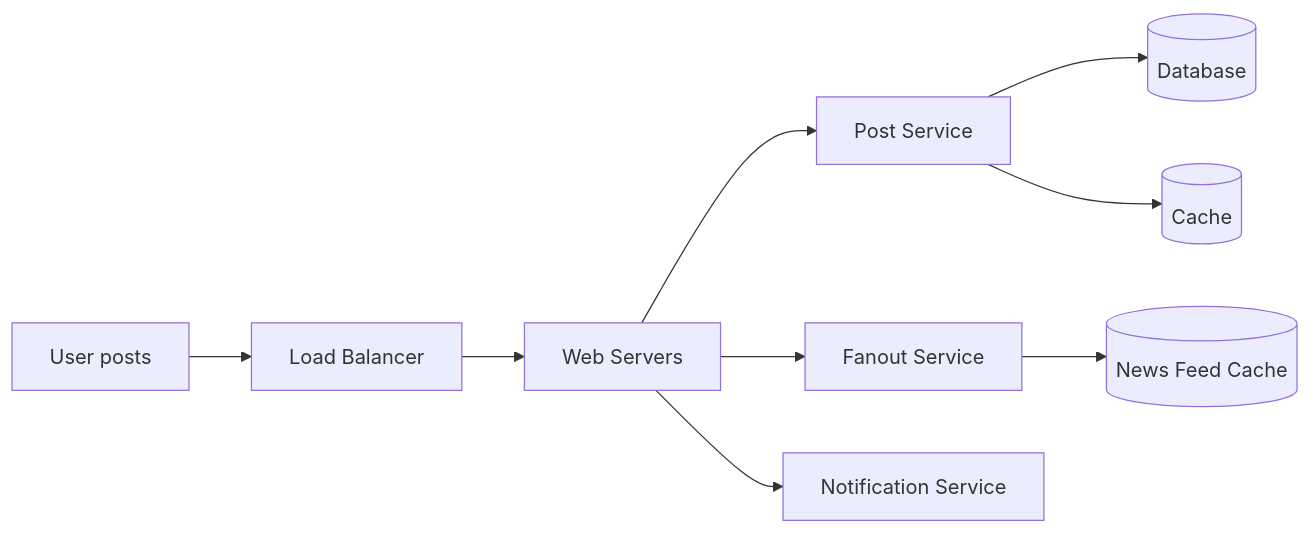
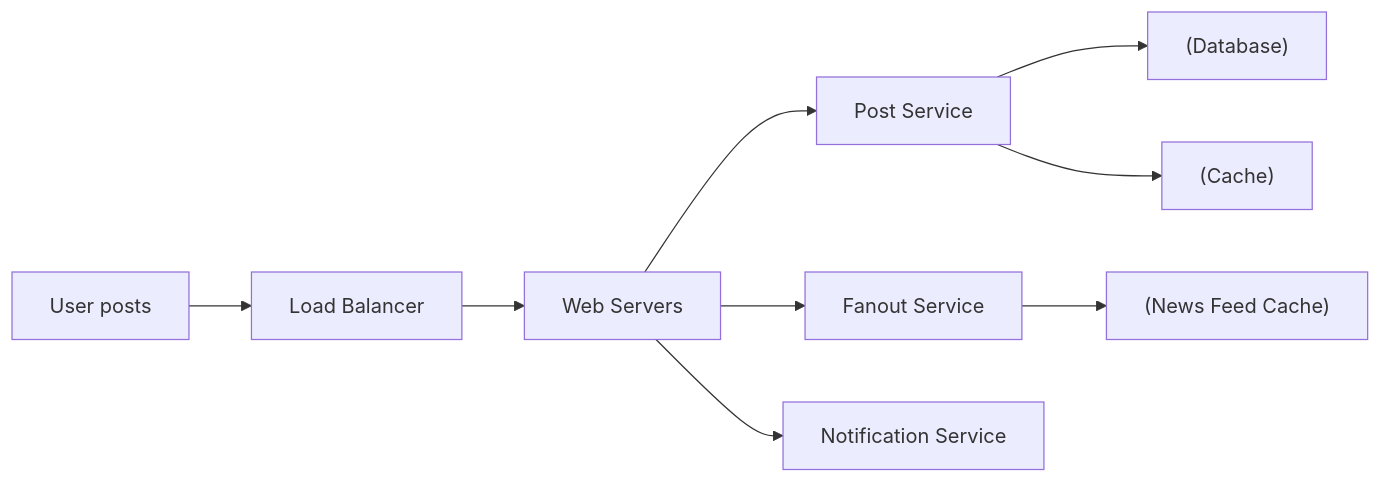
One commit to pankajThakur1874/studysheet changed the first of 2 diagrams in files/Book-System-Design-Vol-1/11-design-a-news-feed-system.md. Above: the diagram before and after it, drawn with Mermaid. The commit also changed other lines of this file and 102 other files, not shown here.

Commit message:
Auto-fix Mermaid diagram syntax across all study guides to prevent Syntax Error in Mermaid v10

````diff
--- a/files/Book-System-Design-Vol-1/11-design-a-news-feed-system.md
+++ b/files/Book-System-Design-Vol-1/11-design-a-news-feed-system.md
@@ -65,11 +65,11 @@
 ```mermaid
 flowchart LR
     U[User posts] --> LB[Load Balancer]
     LB --> WS[Web Servers]
     WS --> PS[Post Service]
-    PS --> DB[(Database)]
-    PS --> C[(Cache)]
+    PS --> DB["(Database)"]
+    PS --> C["(Cache)"]
     WS --> FS[Fanout Service]
-    FS --> NC[(News Feed Cache)]
+    FS --> NC["(News Feed Cache)"]
     WS --> NS[Notification Service]
 ```
````
